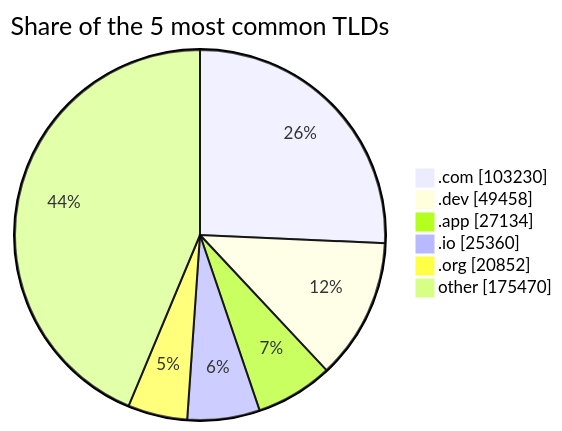
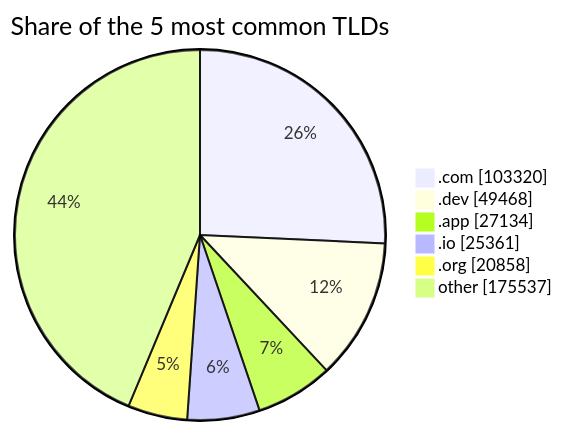
The third of 3 diagrams in README.md (DNSBunker/CTI), drawn with Mermaid before and after one commit. The commit also changed other lines of this file and 3 other files, not shown here.

````diff
--- a/README.md
+++ b/README.md
@@ -81,9 +81,9 @@
 ```mermaid
 pie showData title Share of the 5 most common TLDs
-    ".com" : 103230
-    ".dev" : 49458
+    ".com" : 103320
+    ".dev" : 49468
     ".app" : 27134
-    ".io" : 25360
-    ".org" : 20852
-    "other" : 175470
+    ".io" : 25361
+    ".org" : 20858
+    "other" : 175537
 ```
````
